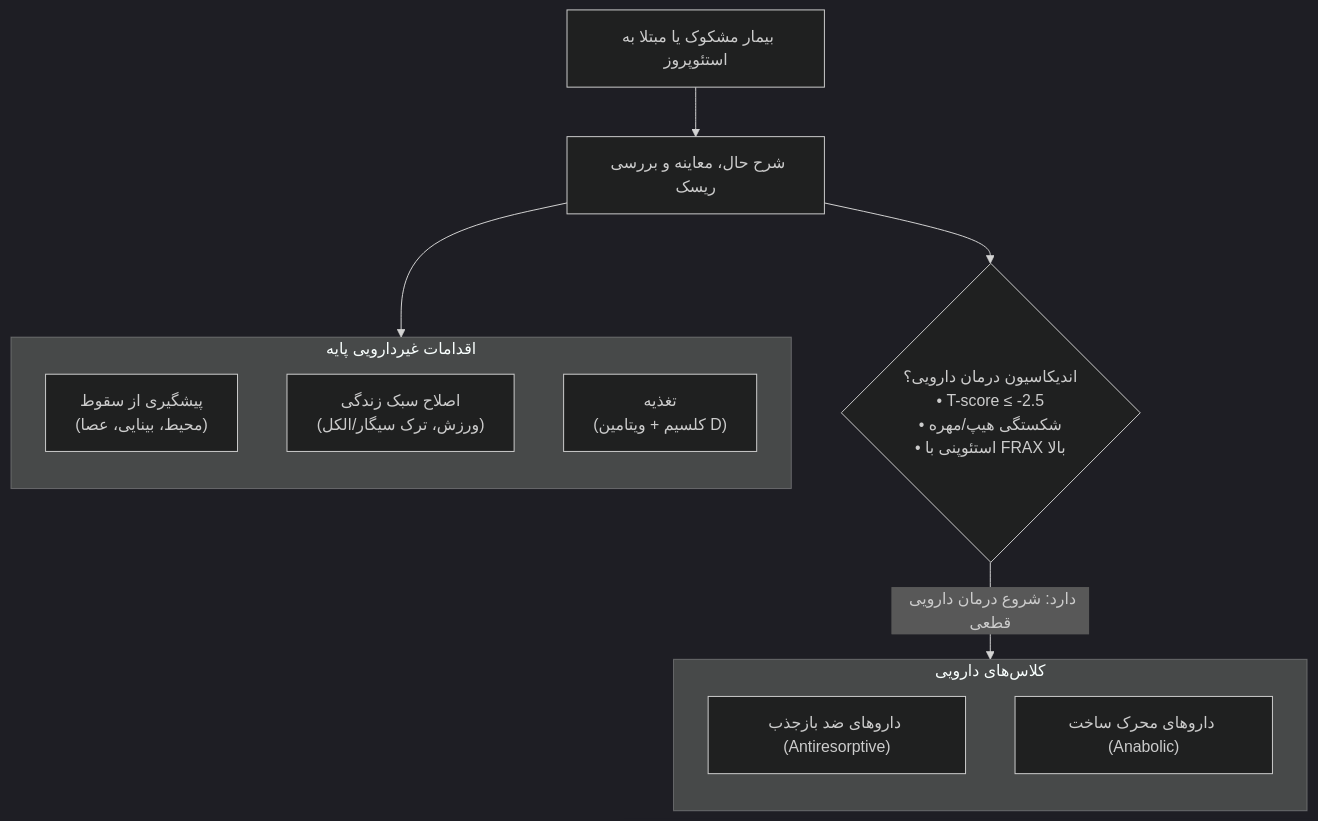
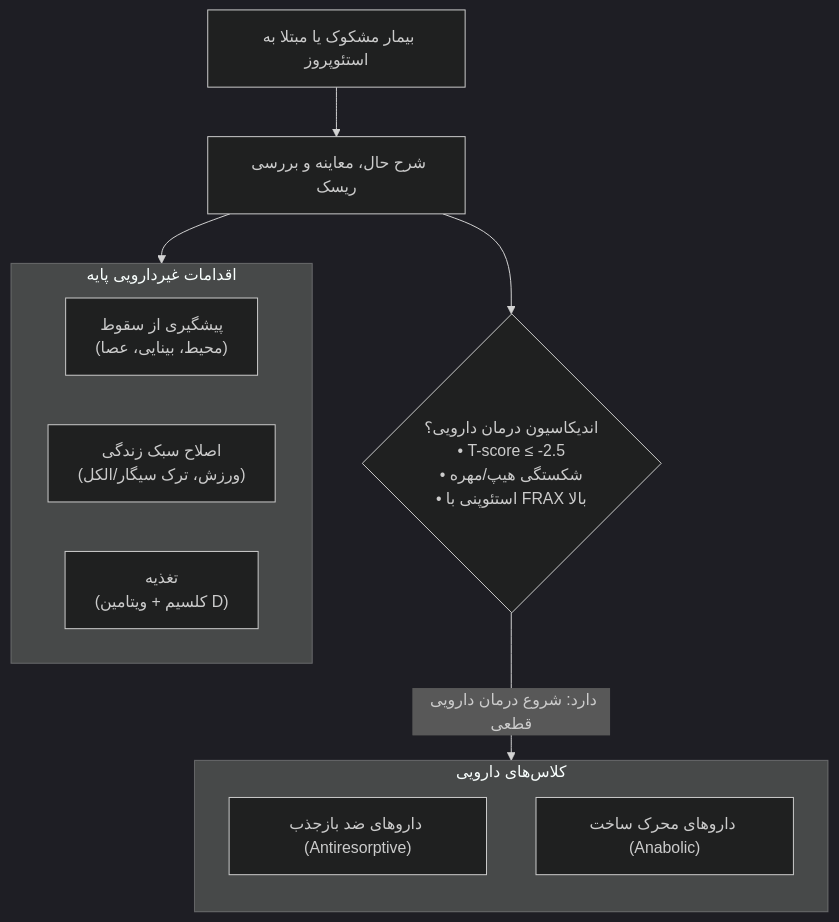
The sixth of 7 diagrams in 07/مبانی غدد/متابولیسم استخوان.md (neopulse-hub/TUMS-1402-1-neo), drawn with Mermaid (dark theme) before and after one commit. The commit also changed other lines of this file, not shown here.

````diff
--- a/07/مبانی غدد/متابولیسم استخوان.md
+++ b/07/مبانی غدد/متابولیسم استخوان.md
@@ -267,25 +265,25 @@
 ```mermaid
 flowchart TD
 
     Patient["بیمار مشکوک یا مبتلا به استئوپروز"] --> HxPE["شرح حال، معاینه و بررسی ریسک"]
 
     subgraph NonPharm ["اقدامات غیردارویی پایه"]
-        direction TB
+        direction RL
         FallPrev["پیشگیری از سقوط<br>(محیط، بینایی، عصا)"]
         Life["اصلاح سبک زندگی<br>(ورزش، ترک سیگار/الکل)"]
         Nutri["تغذیه<br>(کلسیم + ویتامین D)"]
     end
 
     HxPE --> NonPharm
 
     HxPE --> Decision{"اندیکاسیون درمان دارویی؟<br>• T-score ≤ -2.5<br>• شکستگی هیپ/مهره<br>• استئوپنی با FRAX بالا"}
 
     Decision -->|دارد: شروع درمان دارویی قطعی| Drugs
 
     subgraph Drugs ["کلاس‌های دارویی"]
         direction TB
         AntiRes["داروهای ضد بازجذب (Antiresorptive)"]
         Anabolic["داروهای محرک ساخت (Anabolic)"]
     end
 
 ```
````
